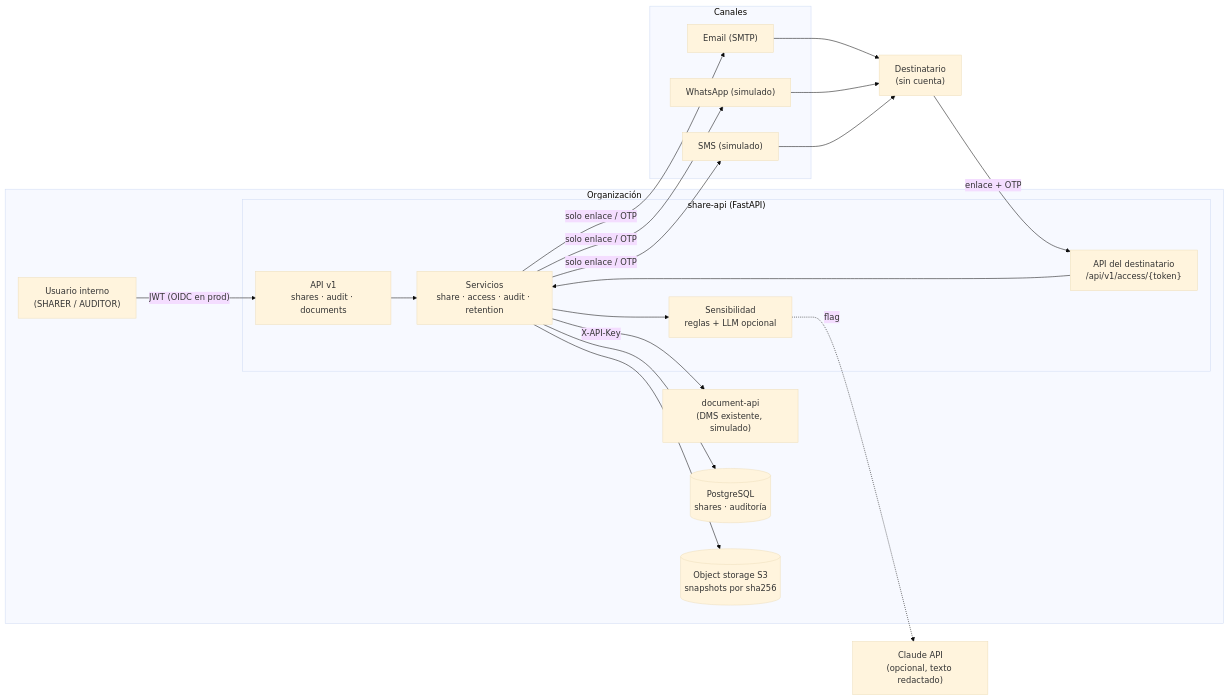
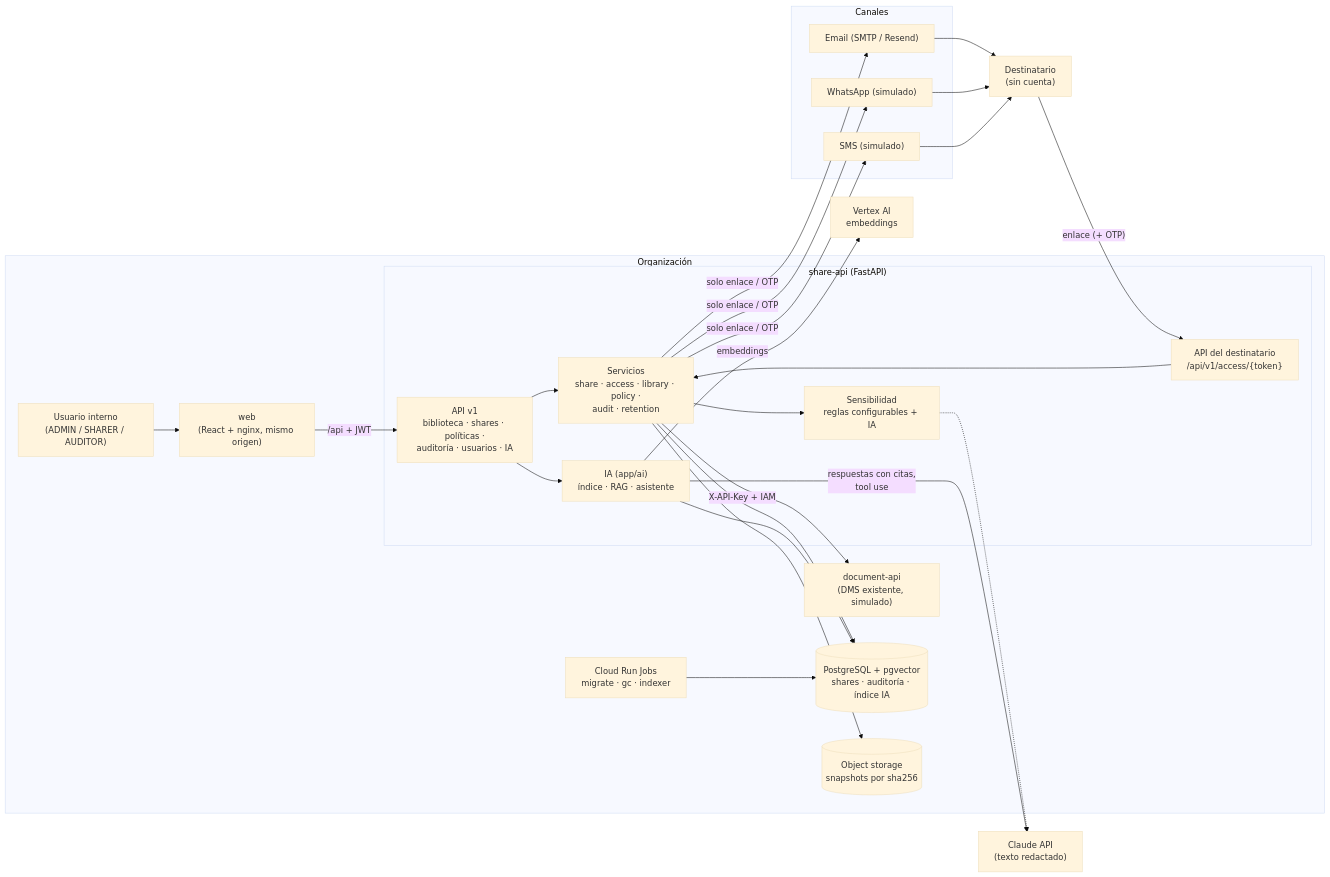
One commit to samilr/thinknex-docshare changed the first of 3 diagrams in docs/02-diseno.md. Above: the diagram before and after it, drawn with Mermaid (base theme). The commit also changed other lines of this file and 10 other files, not shown here.

````diff
--- a/docs/02-diseno.md
+++ b/docs/02-diseno.md
@@ -5,34 +5,43 @@
 ```mermaid
 flowchart LR
     subgraph Interno["Organización"]
-        U["Usuario interno<br/>(SHARER / AUDITOR)"]
+        U["Usuario interno<br/>(ADMIN / SHARER / AUDITOR)"]
+        WEB["web<br/>(React + nginx, mismo origen)"]
         subgraph SA["share-api (FastAPI)"]
-            API["API v1<br/>shares · audit · documents"]
+            API["API v1<br/>biblioteca · shares · políticas ·<br/>auditoría · usuarios · IA"]
             PUB["API del destinatario<br/>/api/v1/access/{token}"]
-            SVC["Servicios<br/>share · access · audit · retention"]
-            SENS["Sensibilidad<br/>reglas + LLM opcional"]
+            SVC["Servicios<br/>share · access · library · policy ·<br/>audit · retention"]
+            SENS["Sensibilidad<br/>reglas configurables + IA"]
+            AI["IA (app/ai)<br/>índice · RAG · asistente"]
         end
         DMS["document-api<br/>(DMS existente, simulado)"]
-        PG[("PostgreSQL<br/>shares · auditoría")]
-        S3[("Object storage S3<br/>snapshots por sha256")]
+        PG[("PostgreSQL + pgvector<br/>shares · auditoría · índice IA")]
+        S3[("Object storage<br/>snapshots por sha256")]
+        JOBS["Cloud Run Jobs<br/>migrate · gc · indexer"]
     end
     subgraph Canales
-        MAIL["Email (SMTP)"]
+        MAIL["Email (SMTP / Resend)"]
         WA["WhatsApp (simulado)"]
         SMS["SMS (simulado)"]
     end
     R["Destinatario<br/>(sin cuenta)"]
-    LLM["Claude API<br/>(opcional, texto redactado)"]
+    LLM["Claude API<br/>(texto redactado)"]
+    VX["Vertex AI<br/>embeddings"]
 
-    U -- "JWT (OIDC en prod)" --> API
+    U --> WEB -- "/api + JWT" --> API
     API --> SVC
+    API --> AI
     PUB --> SVC
-    SVC -- "X-API-Key" --> DMS
+    SVC -- "X-API-Key + IAM" --> DMS
     SVC --> PG
     SVC --> S3
     SVC --> SENS
-    SENS -. "flag" .-> LLM
+    SENS -.-> LLM
+    AI --> PG
+    AI -- "embeddings" --> VX
+    AI -- "respuestas con citas,<br/>tool use" --> LLM
+    JOBS --> PG
     SVC -- "solo enlace / OTP" --> MAIL & WA & SMS
     MAIL & WA & SMS --> R
-    R -- "enlace + OTP" --> PUB
+    R -- "enlace (+ OTP)" --> PUB
 ```
````
